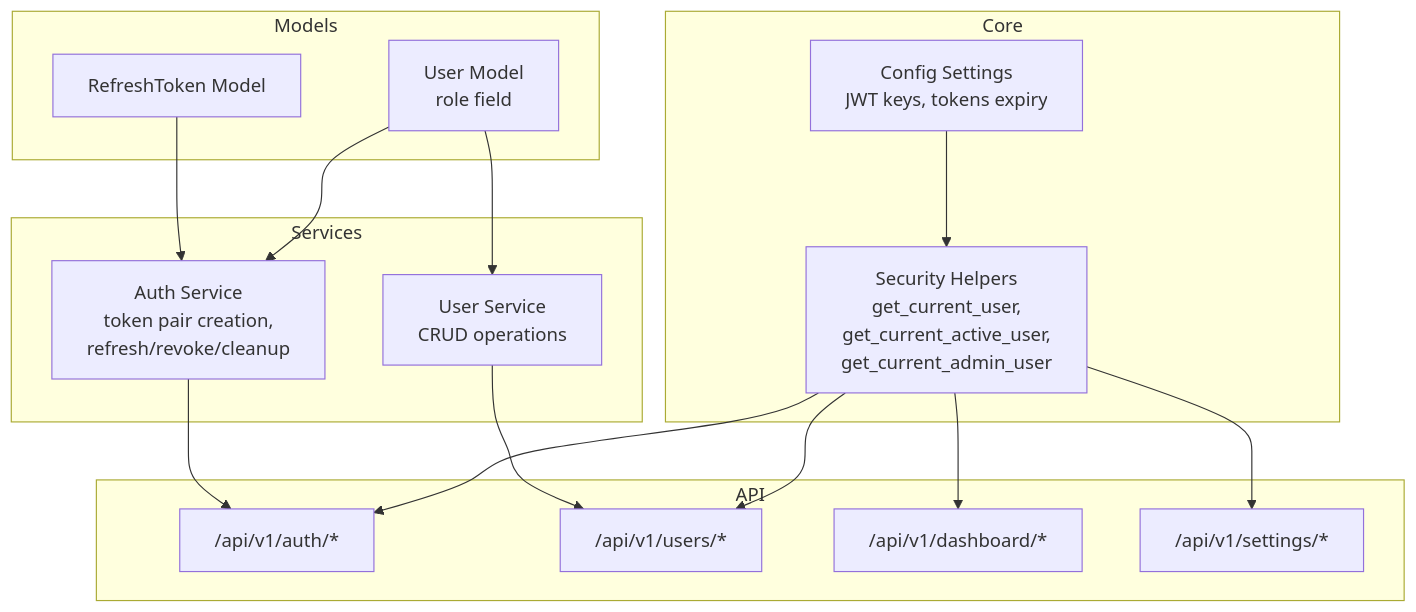
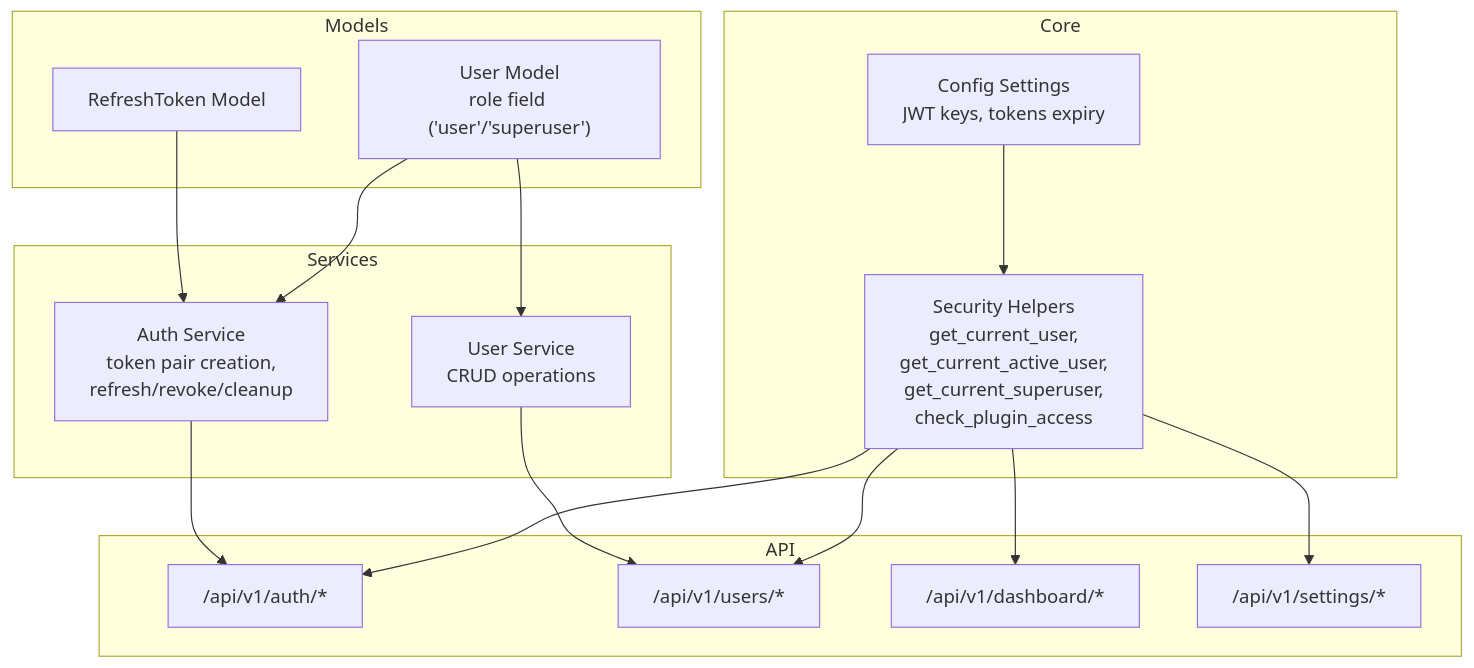
One commit to Nikita5543/New-SSO-02 changed the first of 6 diagrams in .qoder/repowiki/en/content/Authentication & Authorization System/User Roles & Permissions.md. Above: the diagram before and after it, drawn with Mermaid. The commit also changed other lines of this file and 4 other files, not shown here.

````diff
--- a/.qoder/repowiki/en/content/Authentication & Authorization System/User Roles & Permissions.md
+++ b/.qoder/repowiki/en/content/Authentication & Authorization System/User Roles & Permissions.md
@@ -44,31 +52,31 @@
 ```mermaid
 graph TB
 subgraph "Models"
-M_User["User Model<br/>role field"]
+M_User["User Model<br/>role field ('user'/'superuser')"]
 M_RT["RefreshToken Model"]
 end
 subgraph "Core"
-C_Security["Security Helpers<br/>get_current_user,<br/>get_current_active_user,<br/>get_current_admin_user"]
+C_Security["Security Helpers<br/>get_current_user,<br/>get_current_active_user,<br/>get_current_superuser,<br/>check_plugin_access"]
 C_Config["Config Settings<br/>JWT keys, tokens expiry"]
 end
 subgraph "Services"
 S_Auth["Auth Service<br/>token pair creation,<br/>refresh/revoke/cleanup"]
 S_User["User Service<br/>CRUD operations"]
 end
 subgraph "API"
 E_Auth["/api/v1/auth/*"]
 E_Users["/api/v1/users/*"]
 E_Dashboard["/api/v1/dashboard/*"]
 E_Settings["/api/v1/settings/*"]
 end
 M_User --> S_Auth
 M_User --> S_User
 M_RT --> S_Auth
 C_Security --> E_Auth
 C_Security --> E_Users
 C_Security --> E_Dashboard
 C_Security --> E_Settings
 S_Auth --> E_Auth
 S_User --> E_Users
 C_Config --> C_Security
 ```
````
